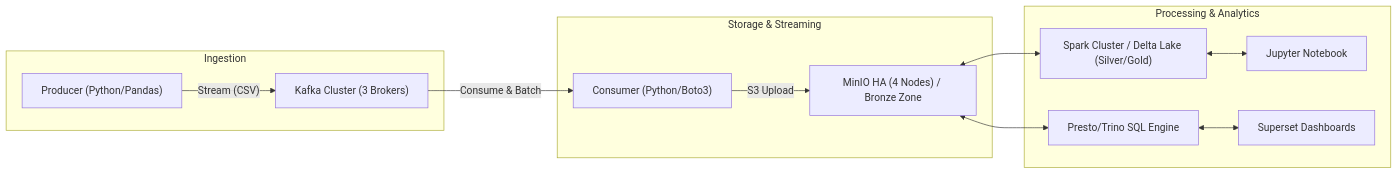
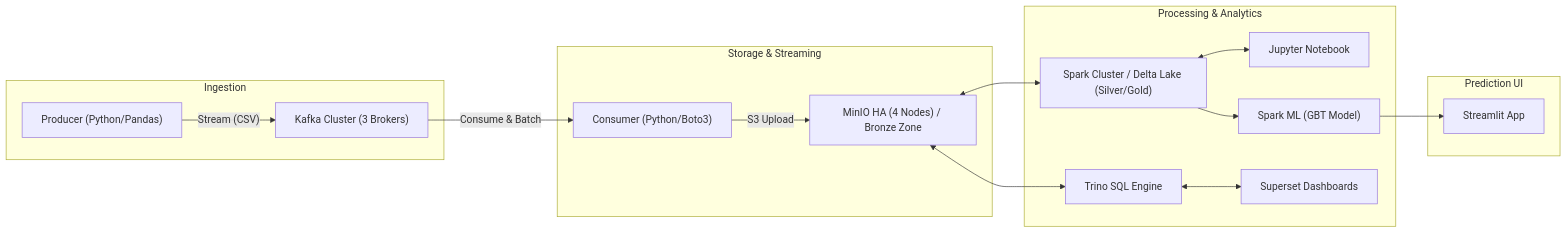
The diagram in README.md (7a99ui/TelcoDataFlowX), drawn with Mermaid before and after one commit. The commit also changed other lines of this file, not shown here.

````diff
--- a/README.md
+++ b/README.md
@@ -9,16 +9,20 @@
 ```mermaid
 graph LR
     subgraph Ingestion
         P["Producer (Python/Pandas)"] -- "Stream (CSV)" --> K["Kafka Cluster (3 Brokers)"]
     end
     subgraph "Storage & Streaming"
         K -- "Consume & Batch" --> C["Consumer (Python/Boto3)"]
         C -- "S3 Upload" --> M["MinIO HA (4 Nodes) / Bronze Zone"]
     end
     subgraph "Processing & Analytics"
         M <--> S["Spark Cluster / Delta Lake (Silver/Gold)"]
         S <--> J["Jupyter Notebook"]
-        M <--> PT["Presto/Trino SQL Engine"]
-        PT <--> SD["Superset Dashboards"]
+        S --> ML["Spark ML (GBT Model)"]
+        M <--> T["Trino SQL Engine"]
+        T <--> SD["Superset Dashboards"]
+    end
+    subgraph "Prediction UI"
+        ML --> ST["Streamlit App"]
     end
 ```
````
